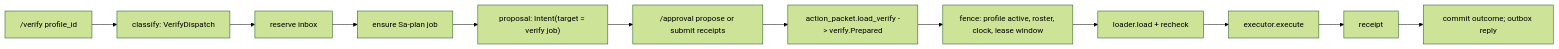
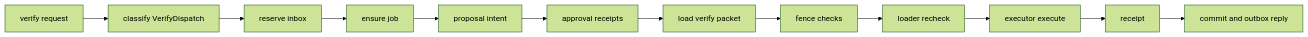
One commit to Anaik7799/uos changed the diagram in docs/design/20261026-0150-telegram-verify-approval-execute-extension.md. Above: the diagram before and after it, drawn with Mermaid (forest theme). The commit also changed other lines of this file and 17 other files, not shown here.

````diff
--- a/docs/design/20261026-0150-telegram-verify-approval-execute-extension.md
+++ b/docs/design/20261026-0150-telegram-verify-approval-execute-extension.md
@@ -33,8 +40,14 @@
 ```mermaid
 flowchart LR
-  A["/verify profile_id"] --> B["classify: VerifyDispatch"]
-  B --> C["reserve inbox"] --> D["ensure Sa-plan job"]
-  D --> E["proposal: Intent(target = verify job)"] --> F["/approval propose or submit receipts"]
-  F --> G["action_packet.load_verify -> verify.Prepared"] --> H["fence: profile active, roster, clock, lease window"]
-  H --> I["loader.load + recheck"] --> J["executor.execute"] --> K["receipt"] --> L["commit outcome; outbox reply"]
+  A["verify request"] --> B["classify VerifyDispatch"]
+  B --> C["reserve inbox"]
+  C --> D["ensure job"]
+  D --> E["proposal intent"]
+  E --> F["approval receipts"]
+  F --> G["load verify packet"]
+  G --> H["fence checks"]
+  H --> I["loader recheck"]
+  I --> J["executor execute"]
+  J --> K["receipt"]
+  K --> L["commit and outbox reply"]
 ```
````
